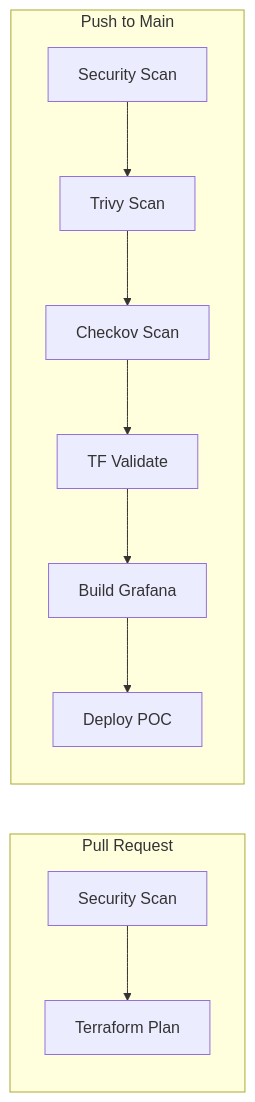
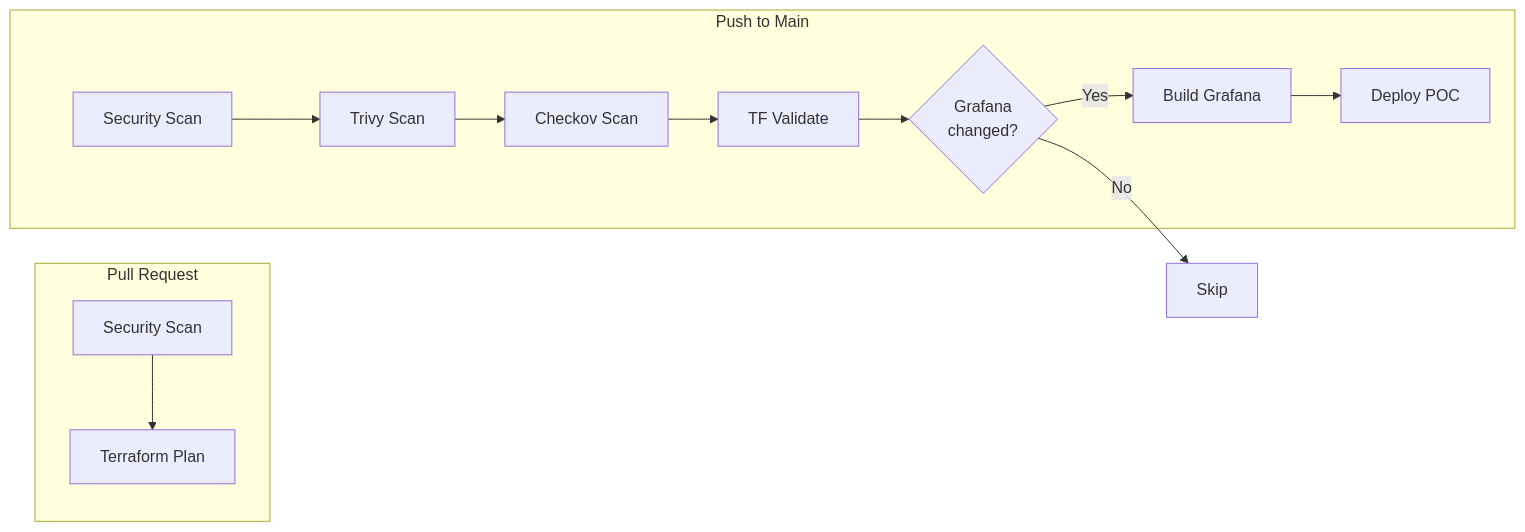
Before and after one commit to lorenzogirardi/gw_llm: the seventh of 7 diagrams in README.md, drawn with Mermaid. The commit also changed other lines of this file, not shown here.

````diff
--- a/README.md
+++ b/README.md
@@ -514,19 +526,22 @@
 ```mermaid
 flowchart LR
     subgraph PR["Pull Request"]
         scan1[Security Scan]
         tf_plan[Terraform Plan]
     end
 
     subgraph Main["Push to Main"]
         scan2[Security Scan]
         trivy[Trivy Scan]
         checkov[Checkov Scan]
         validate[TF Validate]
+        changes{Grafana<br/>changed?}
         build[Build Grafana]
         deploy[Deploy POC]
     end
 
     scan1 --> tf_plan
-    scan2 --> trivy --> checkov --> validate --> build --> deploy
+    scan2 --> trivy --> checkov --> validate --> changes
+    changes -->|Yes| build --> deploy
+    changes -->|No| skip[Skip]
 ```
````
